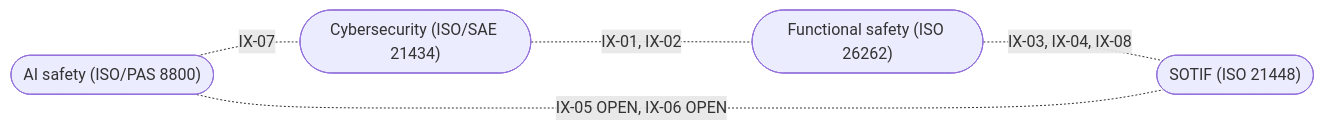
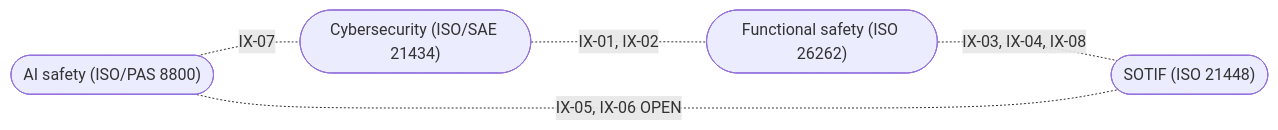
The second of 2 diagrams in assurance/process/maps/g1-concept.md (jherrodthomas/LionDriver), drawn with Mermaid before and after one commit. The commit also changed other lines of this file and 17 other files, not shown here.

````diff
--- a/assurance/process/maps/g1-concept.md
+++ b/assurance/process/maps/g1-concept.md
@@ -78,11 +78,11 @@
 ```mermaid
 flowchart LR
   fusa(["Functional safety (ISO 26262)"])
   sotif(["SOTIF (ISO 21448)"])
   ai(["AI safety (ISO/PAS 8800)"])
   cs(["Cybersecurity (ISO/SAE 21434)"])
   cs -. "IX-01, IX-02" .- fusa
   fusa -. "IX-03, IX-04, IX-08" .- sotif
-  ai -. "IX-05 OPEN, IX-06 OPEN" .- sotif
+  ai -. "IX-05, IX-06 OPEN" .- sotif
   ai -. "IX-07" .- cs
 ```
````
